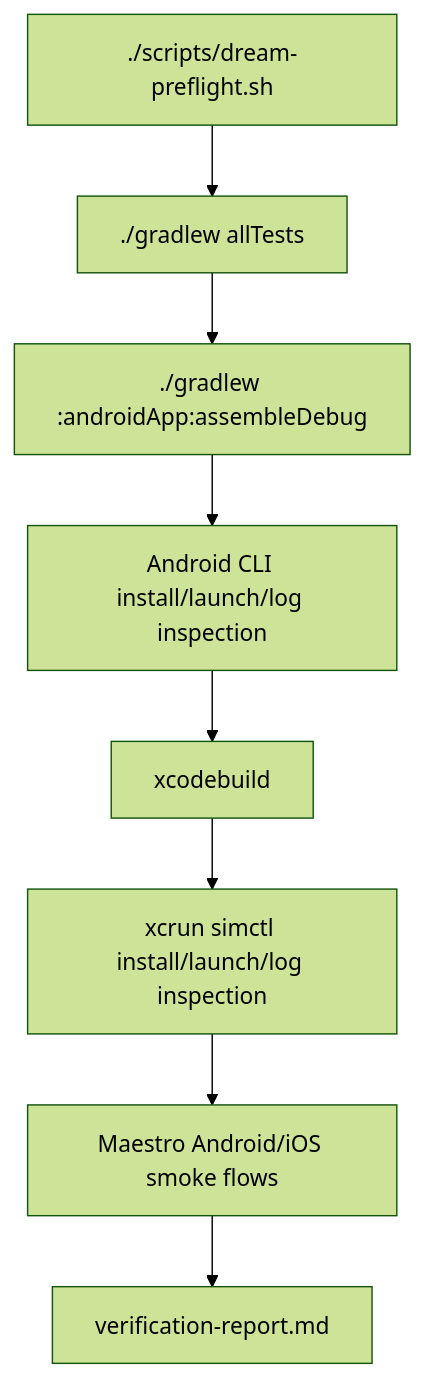
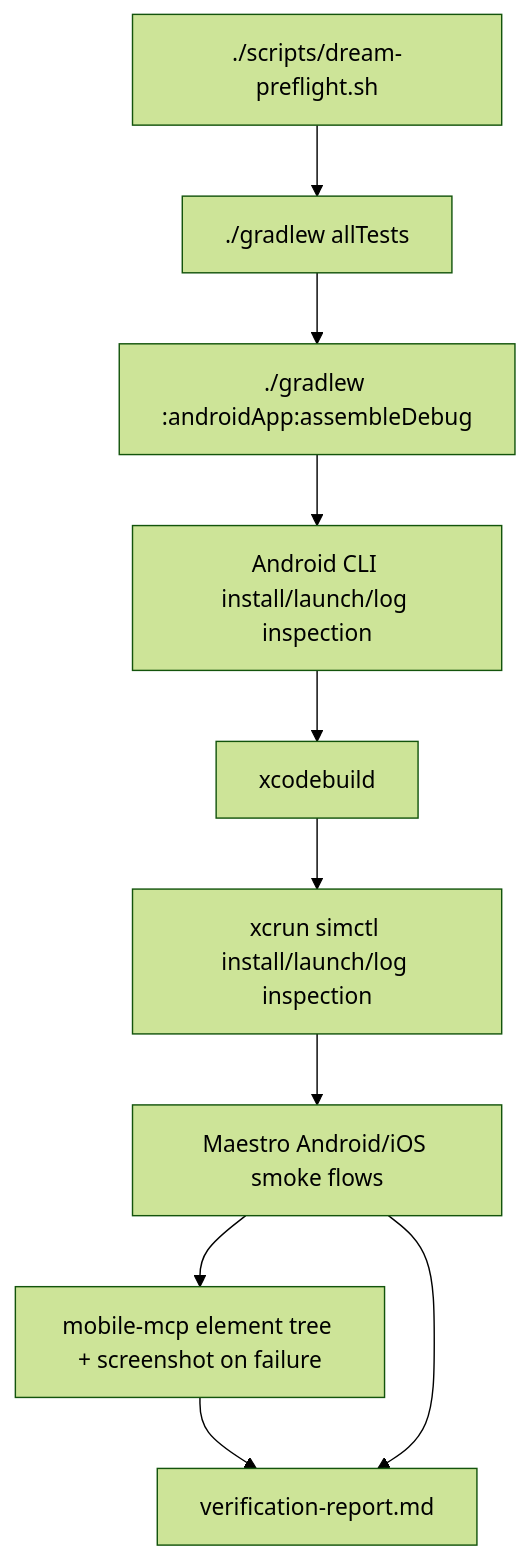
Before and after one commit to Helmy2/Dream: the eighth of 8 diagrams in ONBOARDING.md, drawn with Mermaid (forest theme). The commit also changed other lines of this file and 67 other files, not shown here.

````diff
--- a/ONBOARDING.md
+++ b/ONBOARDING.md
@@ -258,10 +281,12 @@
 ```mermaid
 flowchart TD
     Preflight[./scripts/dream-preflight.sh] --> Tests[./gradlew allTests]
     Tests --> AndroidBuild[./gradlew :androidApp:assembleDebug]
     AndroidBuild --> AndroidRuntime[Android CLI install/launch/log inspection]
     AndroidRuntime --> IOSBuild[xcodebuild]
     IOSBuild --> IOSRuntime[xcrun simctl install/launch/log inspection]
     IOSRuntime --> Maestro[Maestro Android/iOS smoke flows]
-    Maestro --> Report[verification-report.md]
+    Maestro --> MCP[mobile-mcp element tree + screenshot on failure]
+    MCP --> Report[verification-report.md]
+    Maestro --> Report
 ```
````
